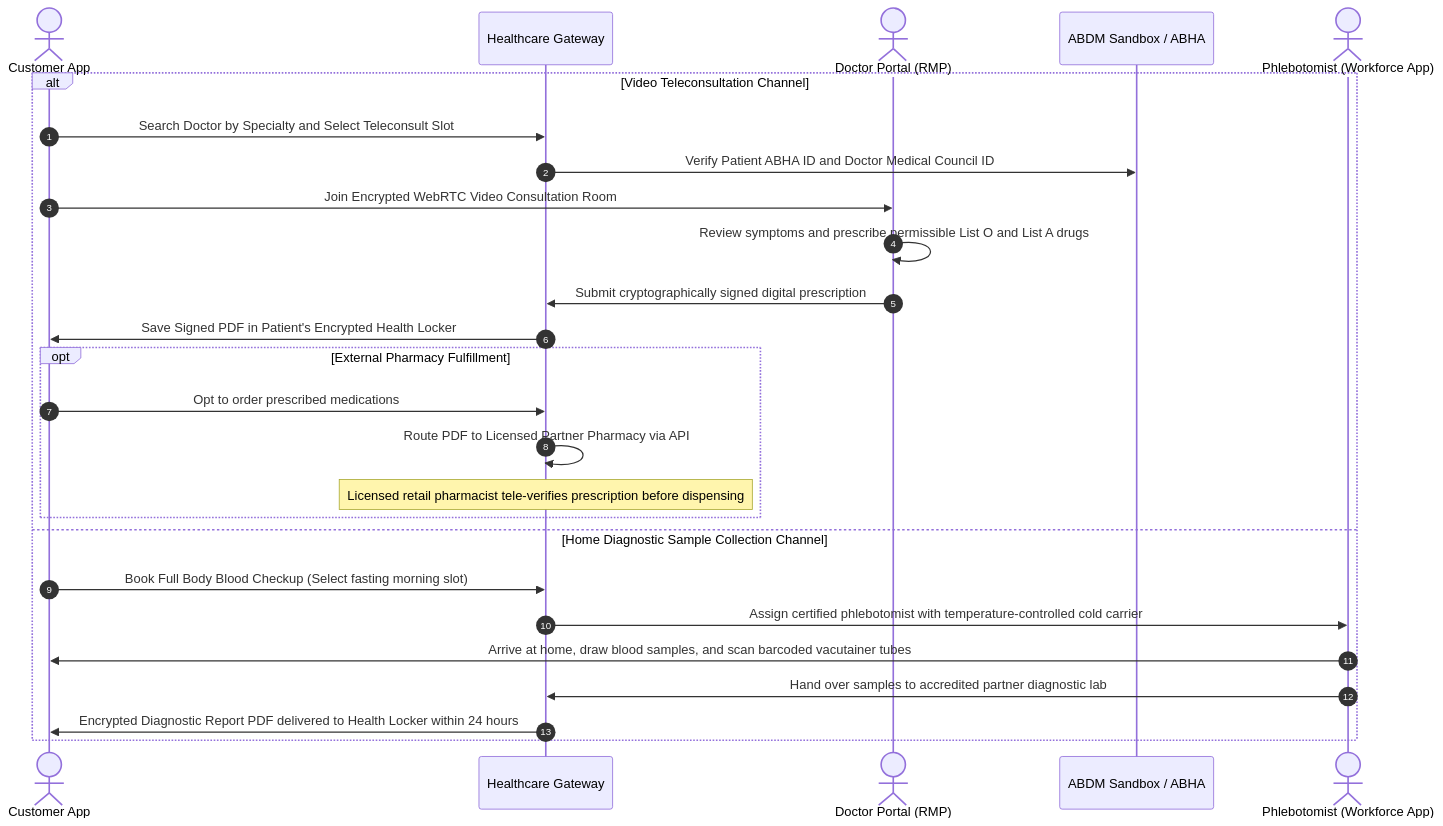
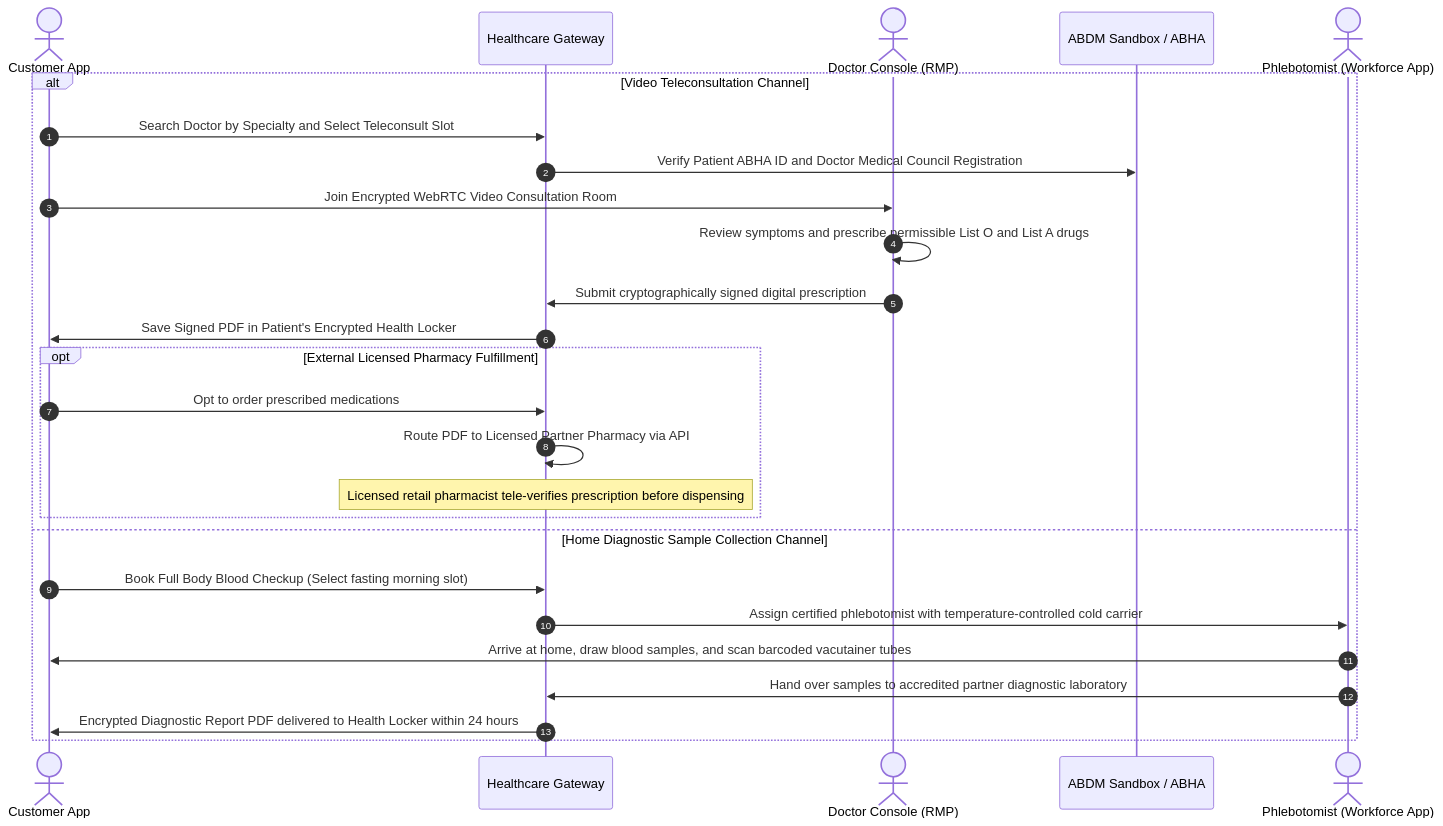
Before and after one commit to programmerfiroz/all-in-one: diagram 13 of 17 in docs/06_visual_hierarchy_and_flows/high_level_visual_hierarchy.md, drawn with Mermaid. The commit also changed other lines of this file, not shown here.

Commit message:
docs: finalize exhaustive visual hierarchy blueprint (VHB-IND-V1.1) with 17 verified mermaid diagrams

````diff
--- a/docs/06_visual_hierarchy_and_flows/high_level_visual_hierarchy.md
+++ b/docs/06_visual_hierarchy_and_flows/high_level_visual_hierarchy.md
@@ -287,30 +438,30 @@
 ```mermaid
 sequenceDiagram
     autonumber
     actor Patient as Customer App
-    participant Back as Healthcare Gateway
-    actor Doctor as Doctor Portal (RMP)
+    participant Gateway as Healthcare Gateway
+    actor Doctor as Doctor Console (RMP)
     participant ABDM as ABDM Sandbox / ABHA
     actor Phleb as Phlebotomist (Workforce App)
 
     alt Video Teleconsultation Channel
-        Patient->>Back: Search Doctor by Specialty and Select Teleconsult Slot
-        Back->>ABDM: Verify Patient ABHA ID and Doctor Medical Council ID
+        Patient->>Gateway: Search Doctor by Specialty and Select Teleconsult Slot
+        Gateway->>ABDM: Verify Patient ABHA ID and Doctor Medical Council Registration
         Patient->>Doctor: Join Encrypted WebRTC Video Consultation Room
         Doctor->>Doctor: Review symptoms and prescribe permissible List O and List A drugs
-        Doctor->>Back: Submit cryptographically signed digital prescription
-        Back->>Patient: Save Signed PDF in Patient's Encrypted Health Locker
+        Doctor->>Gateway: Submit cryptographically signed digital prescription
+        Gateway->>Patient: Save Signed PDF in Patient's Encrypted Health Locker
         
-        opt External Pharmacy Fulfillment
-            Patient->>Back: Opt to order prescribed medications
-            Back->>Back: Route PDF to Licensed Partner Pharmacy via API
-            Note over Back: Licensed retail pharmacist tele-verifies prescription before dispensing
+        opt External Licensed Pharmacy Fulfillment
+            Patient->>Gateway: Opt to order prescribed medications
+            Gateway->>Gateway: Route PDF to Licensed Partner Pharmacy via API
+            Note over Gateway: Licensed retail pharmacist tele-verifies prescription before dispensing
         end
     else Home Diagnostic Sample Collection Channel
-        Patient->>Back: Book Full Body Blood Checkup (Select fasting morning slot)
-        Back->>Phleb: Assign certified phlebotomist with temperature-controlled cold carrier
+        Patient->>Gateway: Book Full Body Blood Checkup (Select fasting morning slot)
+        Gateway->>Phleb: Assign certified phlebotomist with temperature-controlled cold carrier
         Phleb->>Patient: Arrive at home, draw blood samples, and scan barcoded vacutainer tubes
-        Phleb->>Back: Hand over samples to accredited partner diagnostic lab
-        Back->>Patient: Encrypted Diagnostic Report PDF delivered to Health Locker within 24 hours
+        Phleb->>Gateway: Hand over samples to accredited partner diagnostic laboratory
+        Gateway->>Patient: Encrypted Diagnostic Report PDF delivered to Health Locker within 24 hours
     end
 ```
````
